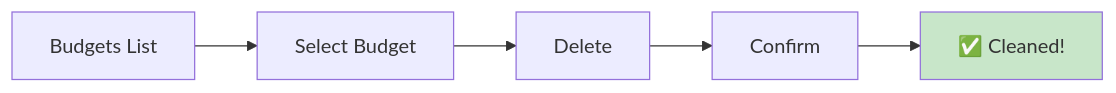
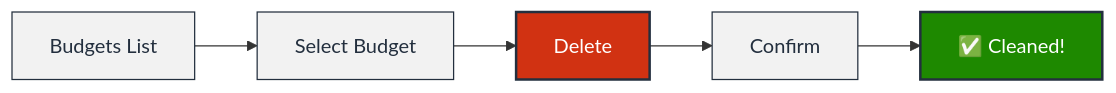
Before and after one commit to tietvinhphu/AWS-Journey: the seventh of 7 diagrams in The First Cloud Journey/3. Cost Management with AWS Budgets/README.md, drawn with Mermaid. The commit also changed other lines of this file, not shown here.

Commit message:
update mermaid

````diff
--- a/The First Cloud Journey/3. Cost Management with AWS Budgets/README.md
+++ b/The First Cloud Journey/3. Cost Management with AWS Budgets/README.md
@@ -400,7 +399,9 @@
 ```mermaid
 flowchart LR
-    A[Budgets List] --> B[Select Budget] --> C[Delete] --> D[Confirm] --> E[✅ Cleaned!]
-
-    style E fill:#c8e6c9
-
+    %% Define Styles
+    classDef process fill:#f2f2f2,stroke:#232F3E,stroke-width:1px,color:#232F3E
+    classDef delete fill:#D13212,stroke:#232F3E,stroke-width:2px,color:#fff
+    classDef clean fill:#1E8900,stroke:#232F3E,stroke-width:2px,color:#fff
+    
+    A[Budgets List]:::process --> B[Select Budget]:::process --> C[Delete]:::delete --> D[Confirm]:::process --> E[✅ Cleaned!]:::clean
 ```
````
